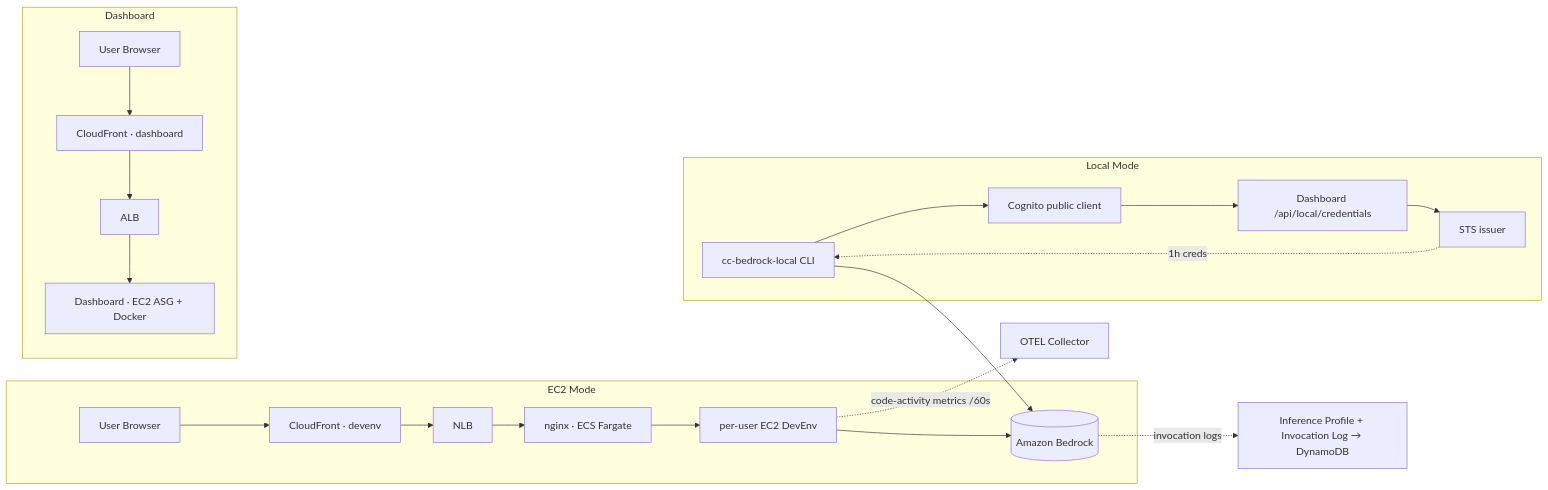
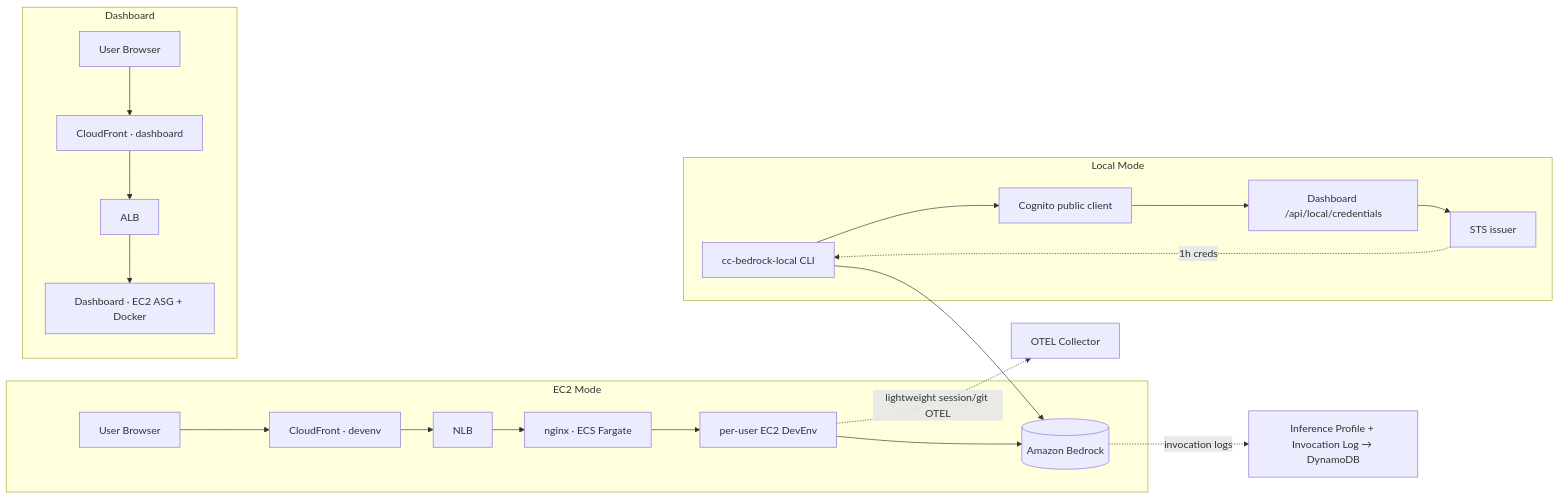
One commit to Atom-oh/cc-on-bedrock changed the diagram in docs/architecture.md. Above: the diagram before and after it, drawn with Mermaid. The commit also changed other lines of this file and 9 other files, not shown here.

First line of the commit message:
feat(otel): code-activity session/git telemetry + governed CLI wrappers (#94)

````diff
--- a/docs/architecture.md
+++ b/docs/architecture.md
@@ -15,17 +15,17 @@
 ```mermaid
 graph LR
   subgraph EC2 Mode
     U1[User Browser] --> CFd[CloudFront · devenv] --> NLB --> NG[nginx · ECS Fargate] --> EC2[per-user EC2 DevEnv]
     EC2 --> BR[(Amazon Bedrock)]
   end
   subgraph Dashboard
     U2[User Browser] --> CFa[CloudFront · dashboard] --> ALB --> DASH[Dashboard · EC2 ASG + Docker]
   end
   subgraph Local Mode
     L[cc-bedrock-local CLI] --> CG[Cognito public client] --> API[Dashboard /api/local/credentials] --> STS[STS issuer]
     STS -. 1h creds .-> L
     L --> BR
   end
-  EC2 -. code-activity metrics /60s .-> OT[OTEL Collector]
+  EC2 -. lightweight session/git OTEL .-> OT[OTEL Collector]
   BR -. invocation logs .-> AGG[Inference Profile + Invocation Log → DynamoDB]
 ```
````
